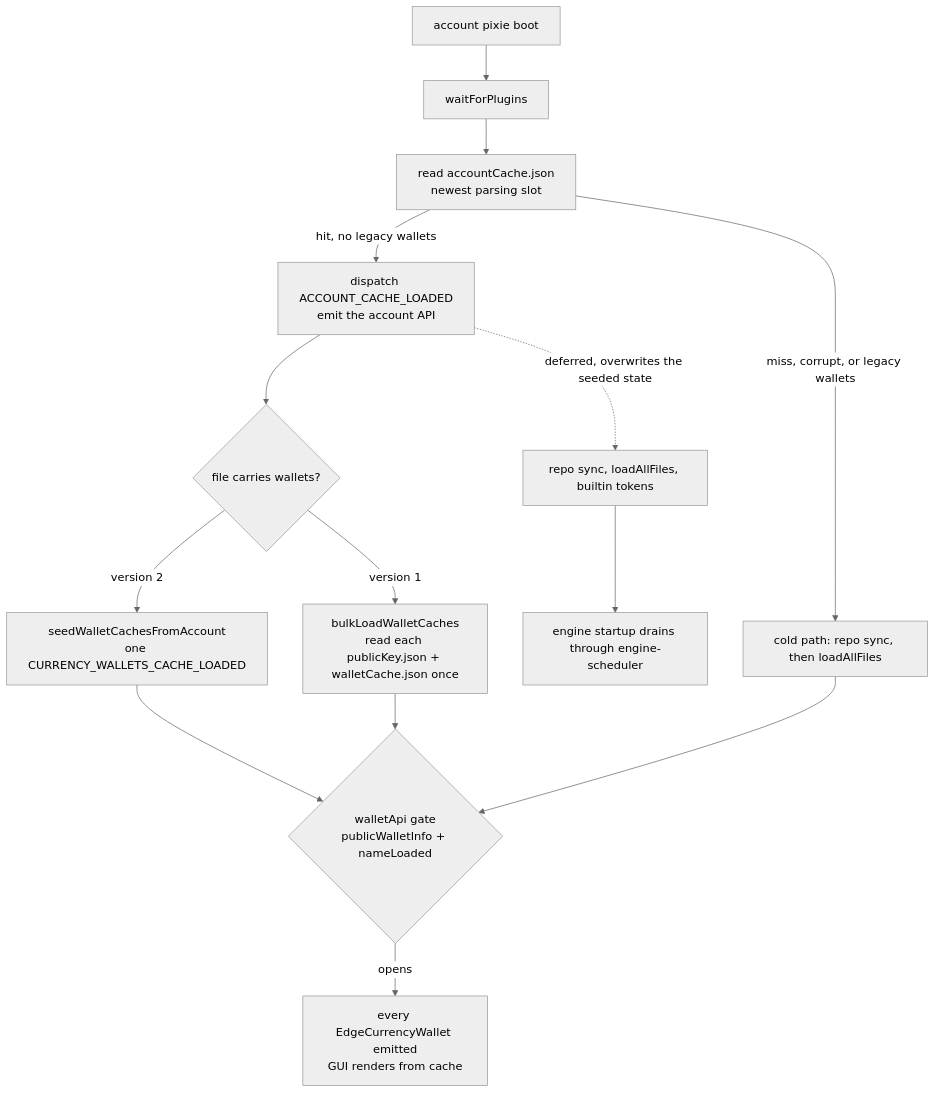
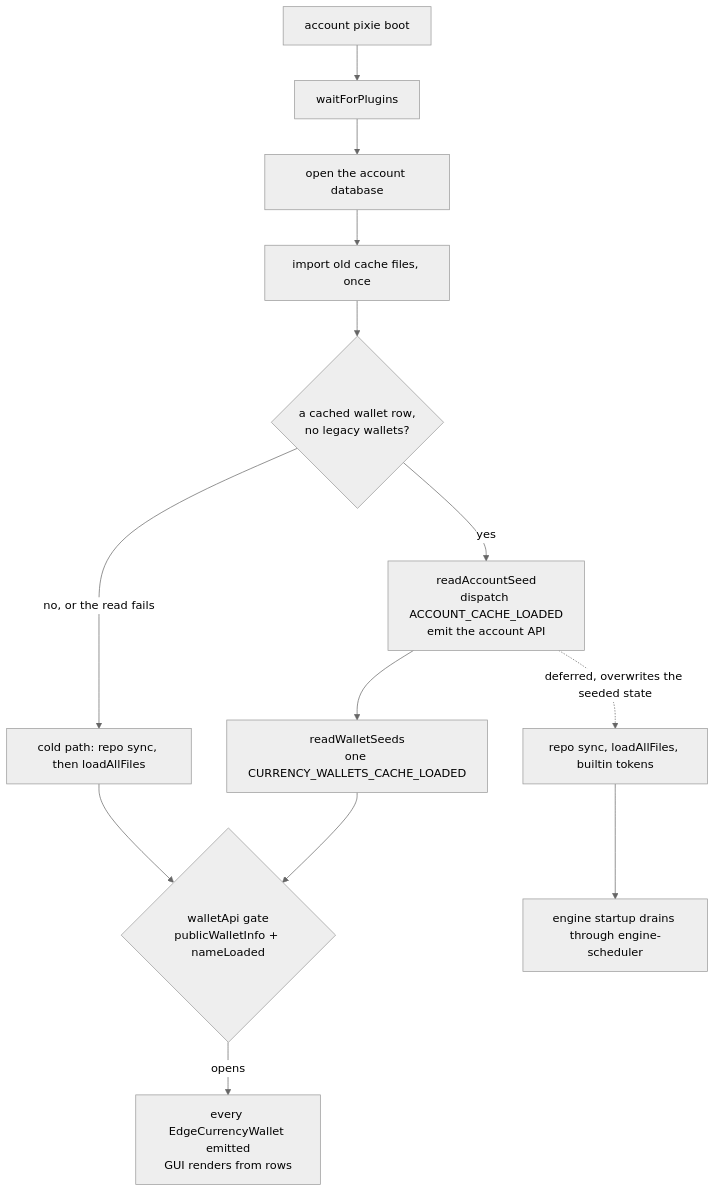
One commit to EdgeApp/edge-core-js changed the second of 3 diagrams in src/docs/edge-wallet-cache-design.md. Above: the diagram before and after it, drawn with Mermaid (neutral theme). The commit also changed other lines of this file and 17 other files, not shown here.

First line of the commit message:
Import the wallet cache files once, then delete them.

````diff
--- a/src/docs/edge-wallet-cache-design.md
+++ b/src/docs/edge-wallet-cache-design.md
@@ -191,16 +143,15 @@
 ```mermaid
 flowchart TD
     A[account pixie boot] --> B[waitForPlugins]
-    B --> C[read accountCache.json<br/>newest parsing slot]
-    C -->|hit, no legacy wallets| D[dispatch ACCOUNT_CACHE_LOADED<br/>emit the account API]
-    C -->|miss, corrupt, or legacy wallets| E[cold path: repo sync, then loadAllFiles]
-    D --> F{file carries wallets?}
-    F -->|version 2| G[seedWalletCachesFromAccount<br/>one CURRENCY_WALLETS_CACHE_LOADED]
-    F -->|version 1| H[bulkLoadWalletCaches<br/>read each publicKey.json + walletCache.json once]
+    B --> O[open the account database]
+    O --> M[import old cache files, once]
+    M --> C{a cached wallet row,<br/>no legacy wallets?}
+    C -->|yes| D[readAccountSeed<br/>dispatch ACCOUNT_CACHE_LOADED<br/>emit the account API]
+    C -->|no, or the read fails| E[cold path: repo sync, then loadAllFiles]
+    D --> G[readWalletSeeds<br/>one CURRENCY_WALLETS_CACHE_LOADED]
     G --> I{walletApi gate<br/>publicWalletInfo + nameLoaded}
-    H --> I
-    I -->|opens| J[every EdgeCurrencyWallet emitted<br/>GUI renders from cache]
+    I -->|opens| J[every EdgeCurrencyWallet emitted<br/>GUI renders from rows]
     D -. deferred, overwrites the seeded state .-> K[repo sync, loadAllFiles, builtin tokens]
     K --> L[engine startup drains through engine-scheduler]
     E --> I
 ```
````
